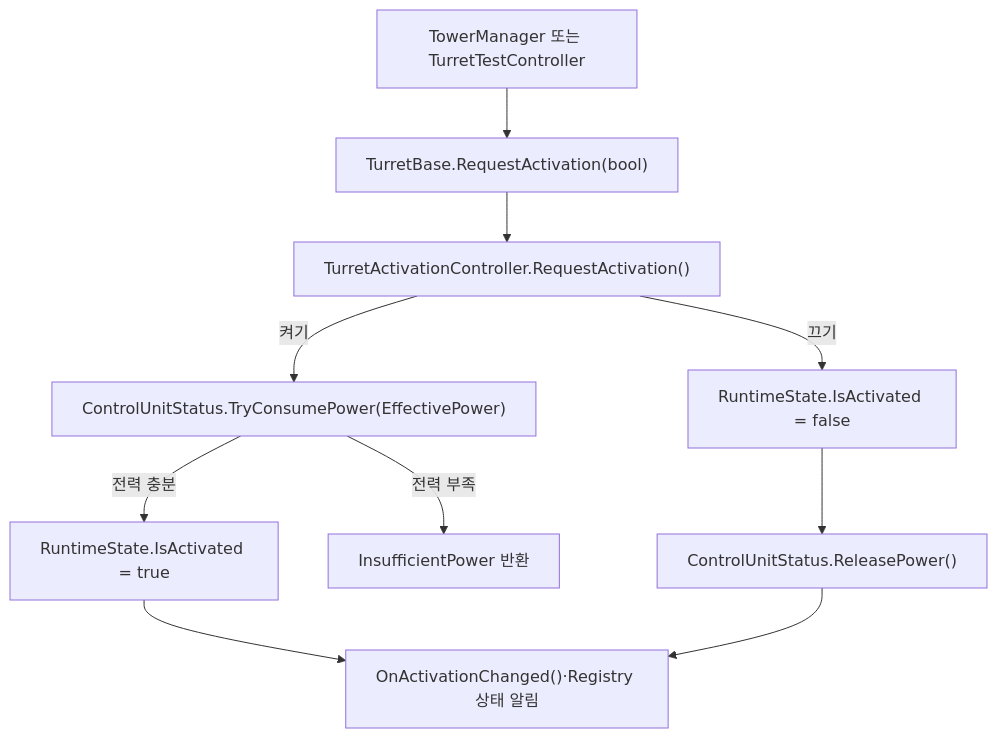
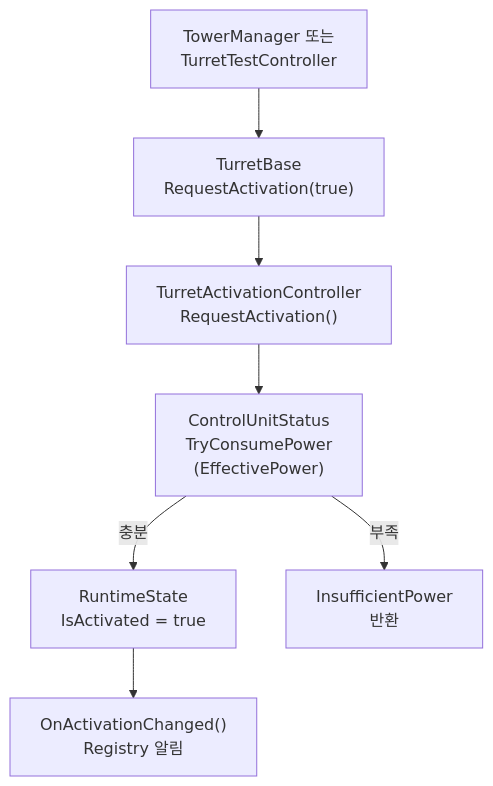
The third of 11 diagrams in Docs/architecture/turret-system-guide.md (Team-HJD-21/unity-6-the-developer), drawn with Mermaid before and after one commit. The commit also changed other lines of this file and 1 other file, not shown here.

Commit message:
Docs(turret) : prevent text clipping in diagrams

````diff
--- a/Docs/architecture/turret-system-guide.md
+++ b/Docs/architecture/turret-system-guide.md
@@ -209,12 +211,9 @@
 ```mermaid
 flowchart TD
-    Request["TowerManager 또는 TurretTestController"] --> Base["TurretBase.RequestActivation(bool)"]
-    Base --> Controller["TurretActivationController.RequestActivation()"]
-    Controller -->|켜기| Consume["ControlUnitStatus.TryConsumePower(EffectivePower)"]
-    Consume -->|전력 충분| On["RuntimeState.IsActivated = true"]
-    Consume -->|전력 부족| Reject["InsufficientPower 반환"]
-    Controller -->|끄기| Off["RuntimeState.IsActivated = false"]
-    Off --> Release["ControlUnitStatus.ReleasePower()"]
-    On --> Notify["OnActivationChanged()·Registry 상태 알림"]
-    Release --> Notify
+    Request["TowerManager 또는<br>TurretTestController"] --> Base["TurretBase<br>RequestActivation(true)"]
+    Base --> Controller["TurretActivationController<br>RequestActivation()"]
+    Controller --> Consume["ControlUnitStatus<br>TryConsumePower<br>(EffectivePower)"]
+    Consume -->|충분| On["RuntimeState<br>IsActivated = true"]
+    Consume -->|부족| Reject["InsufficientPower<br>반환"]
+    On --> Notify["OnActivationChanged()<br>Registry 알림"]
 ```
````
